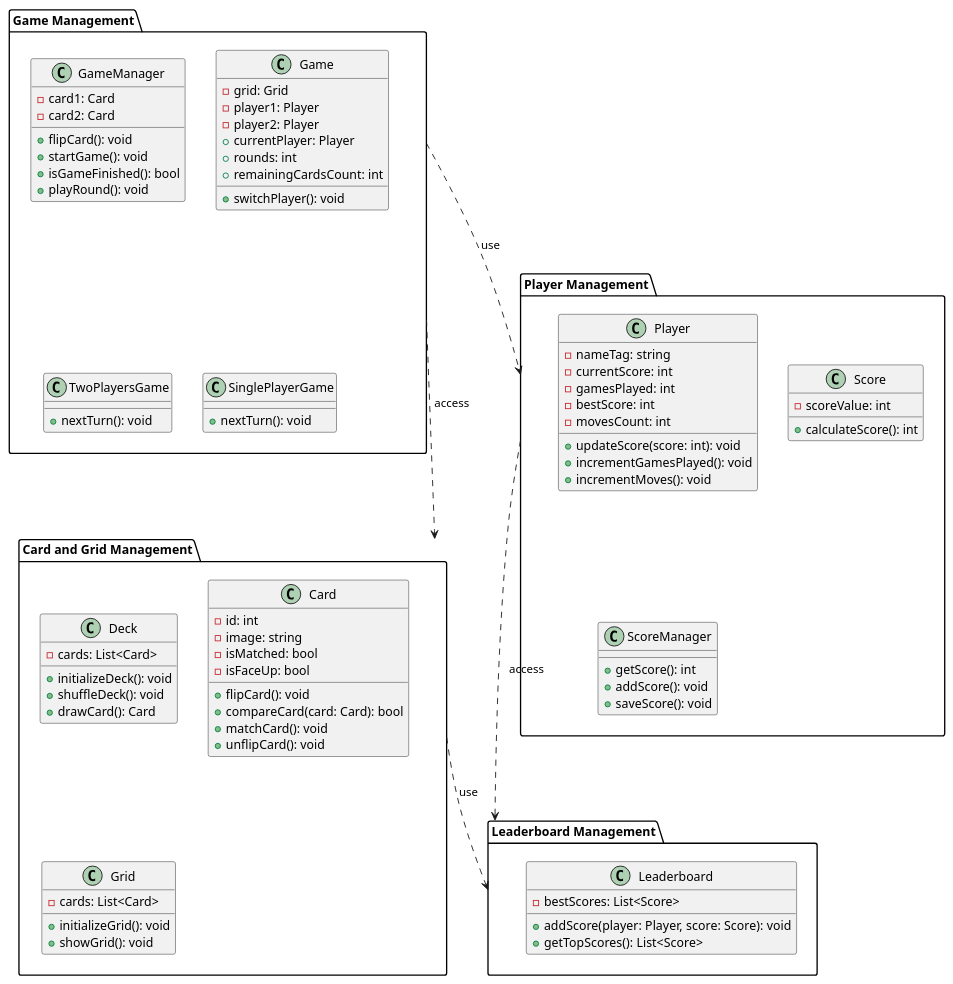
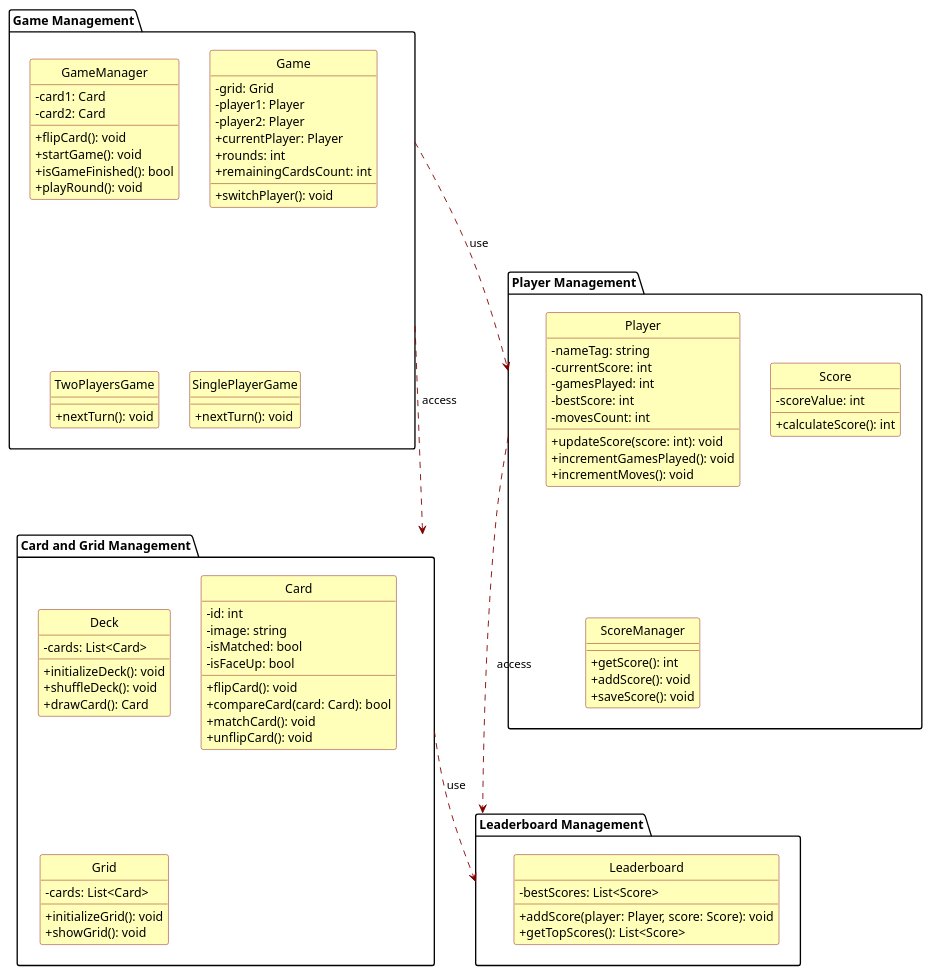
The diagram in src/Docs/Diagrammes/paquetage.md (PosiTr0n505/Game-Memory), drawn with PlantUML before and after one commit.

Commit message:
Mise à jour de 'src/Docs/Diagrammes/paquetage.md'

````diff
--- a/src/Docs/Diagrammes/paquetage.md
+++ b/src/Docs/Diagrammes/paquetage.md
@@ -1,5 +1,13 @@
 ```plantuml
 @startuml
+hide circle
+allowmixing
+skinparam classAttributeIconSize 0
+skinparam classBackgroundColor #ffffb9
+skinparam classBorderColor #800000
+skinparam classArrowColor #800000
+skinparam classFontColor #black
+skinparam classFontName Tahoma
 
 package "Game Management" {
     class GameManager {
````
